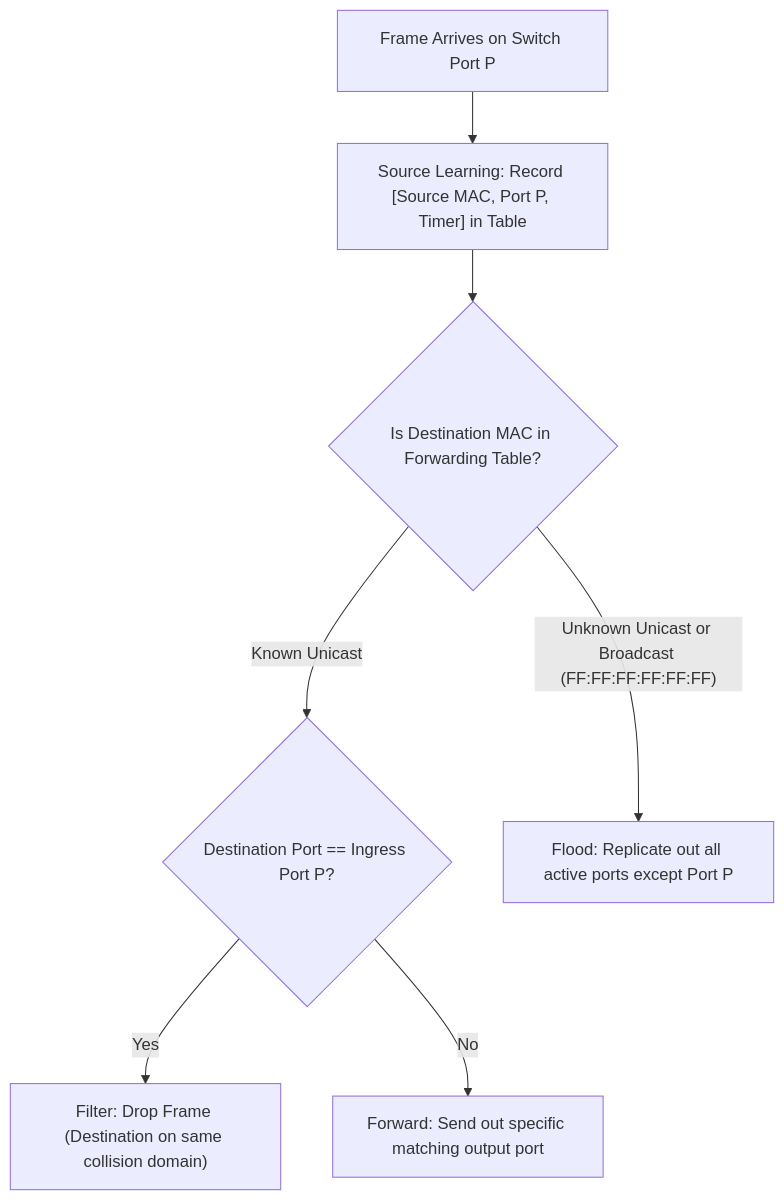
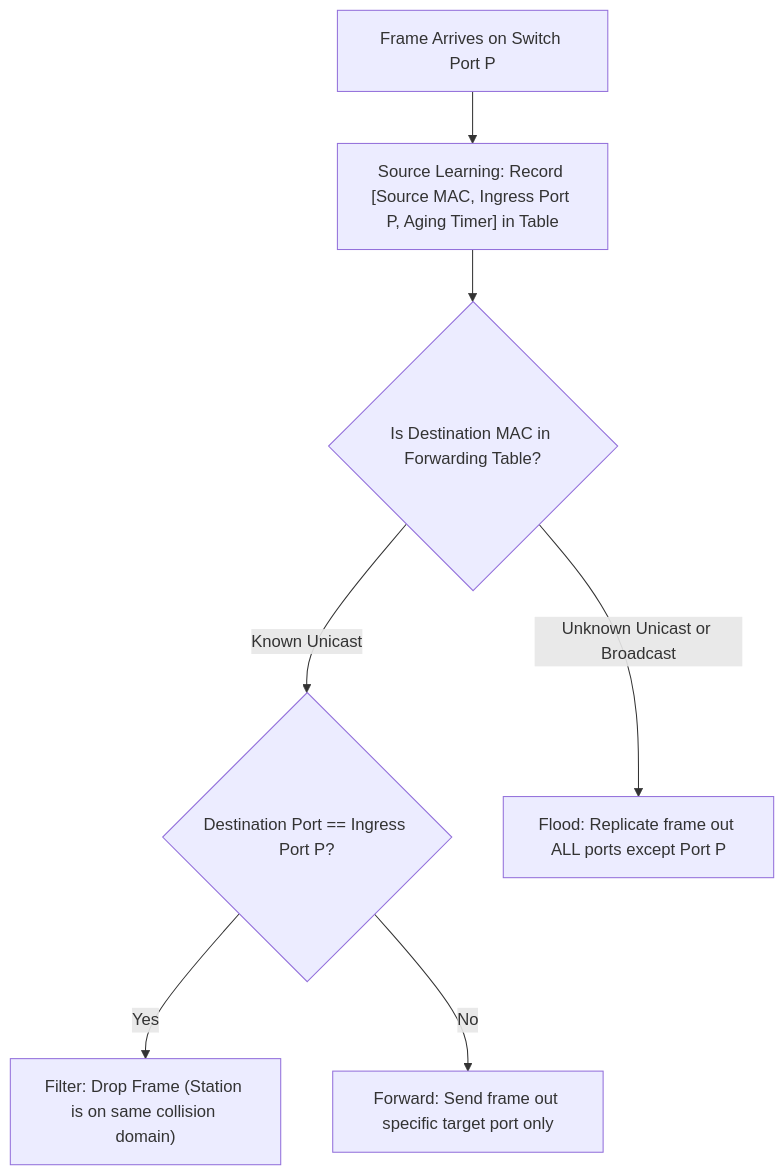
One commit to 2ru17/Project-Engram changed the second of 2 diagrams in content/Main Notes/3rd Year/Term 1/NSCOM03/Module 8- Data Link Protocols (LAN)/Data Link Protocols (LAN).md. Above: the diagram before and after it, drawn with Mermaid. The commit also changed other lines of this file and 31 other files, not shown here.

````diff
--- a/content/Main Notes/3rd Year/Term 1/NSCOM03/Module 8- Data Link Protocols (LAN)/Data Link Protocols (LAN).md
+++ b/content/Main Notes/3rd Year/Term 1/NSCOM03/Module 8- Data Link Protocols (LAN)/Data Link Protocols (LAN).md
@@ -45,9 +49,9 @@
 ```mermaid
 flowchart TD
-    PktIn["Frame Arrives on Switch Port P"] --> Learn["Source Learning: Record [Source MAC, Port P, Timer] in Table"]
+    PktIn["Frame Arrives on Switch Port P"] --> Learn["Source Learning: Record [Source MAC, Ingress Port P, Aging Timer] in Table"]
     Learn --> DestLookup{"Is Destination MAC in Forwarding Table?"}
     DestLookup -- "Known Unicast" --> PortCheck{"Destination Port == Ingress Port P?"}
-    PortCheck -- "Yes" --> Filter["Filter: Drop Frame (Destination on same collision domain)"]
-    PortCheck -- "No" --> Forward["Forward: Send out specific matching output port"]
-    DestLookup -- "Unknown Unicast or Broadcast (FF:FF:FF:FF:FF:FF)" --> Flood["Flood: Replicate out all active ports except Port P"]
+    PortCheck -- "Yes" --> Filter["Filter: Drop Frame (Station is on same collision domain)"]
+    PortCheck -- "No" --> Forward["Forward: Send frame out specific target port only"]
+    DestLookup -- "Unknown Unicast or Broadcast" --> Flood["Flood: Replicate frame out ALL ports except Port P"]
 ```
````
